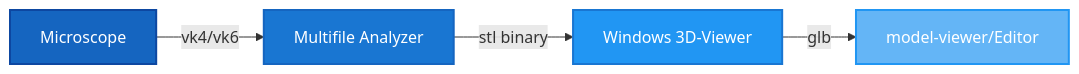
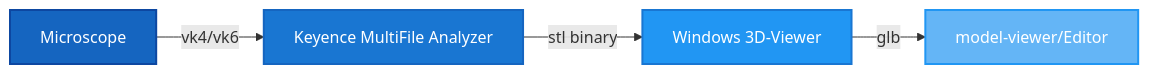
Before and after one commit to Jajaho/jajaho.github.io: the diagram in content/post/ic-microscopy/index.md, drawn with Mermaid. The commit also changed other lines of this file and 7 other files, not shown here.

````diff
--- a/content/post/ic-microscopy/index.md
+++ b/content/post/ic-microscopy/index.md
@@ -57,11 +44,11 @@
 ```mermaid
     flowchart LR
-    M[Microscope] -->|vk4/vk6| MA[Multifile Analyzer]
+    M[Microscope] -->|vk4/vk6| MA[Keyence MultiFile Analyzer]
     MA -->|stl binary| W[Windows 3D-Viewer]
     W -->|glb| MV[model-viewer/Editor]
 
     style M fill:#1565c0,stroke:#0d47a1,stroke-width:2px,color:#fff
     style MA fill:#1976d2,stroke:#1565c0,stroke-width:2px,color:#fff
     style W fill:#2196f3,stroke:#1976d2,stroke-width:2px,color:#fff
     style MV fill:#64b5f6,stroke:#2196f3,stroke-width:2px,color:#fff
 ```
````
